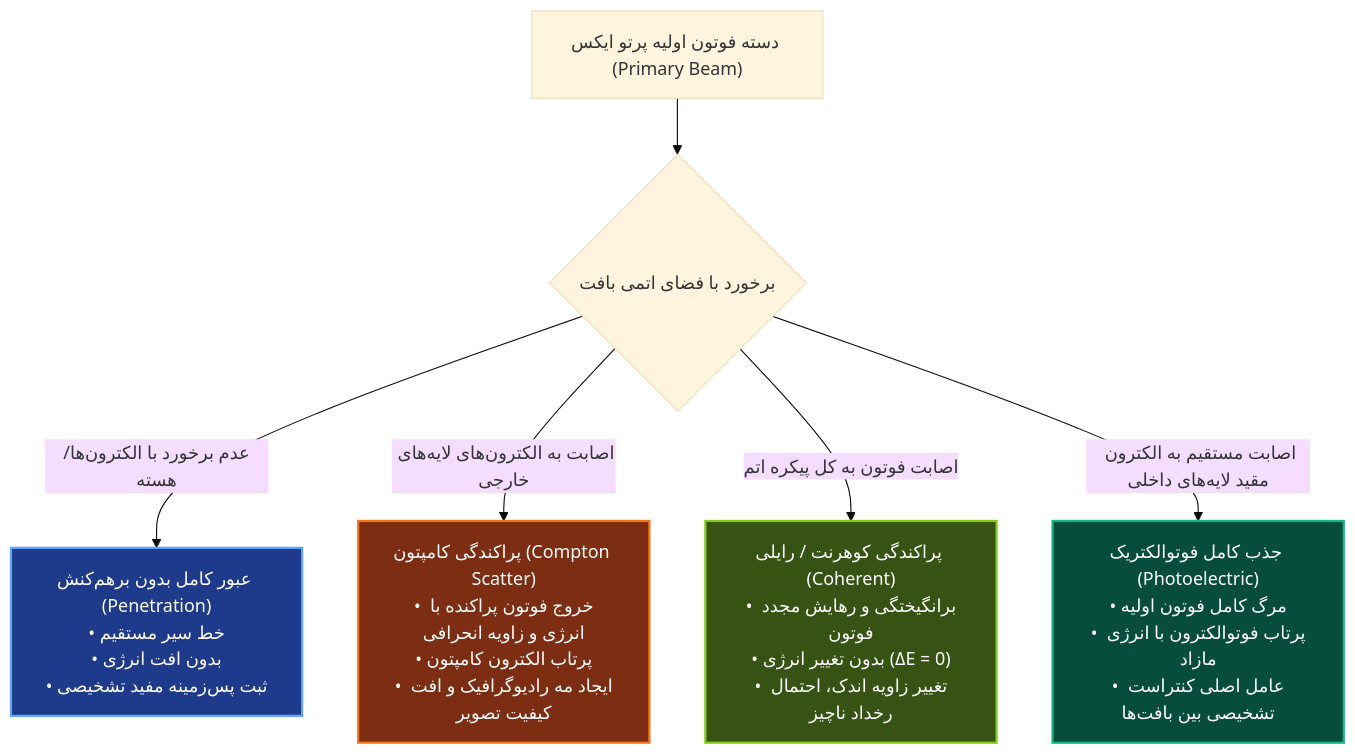
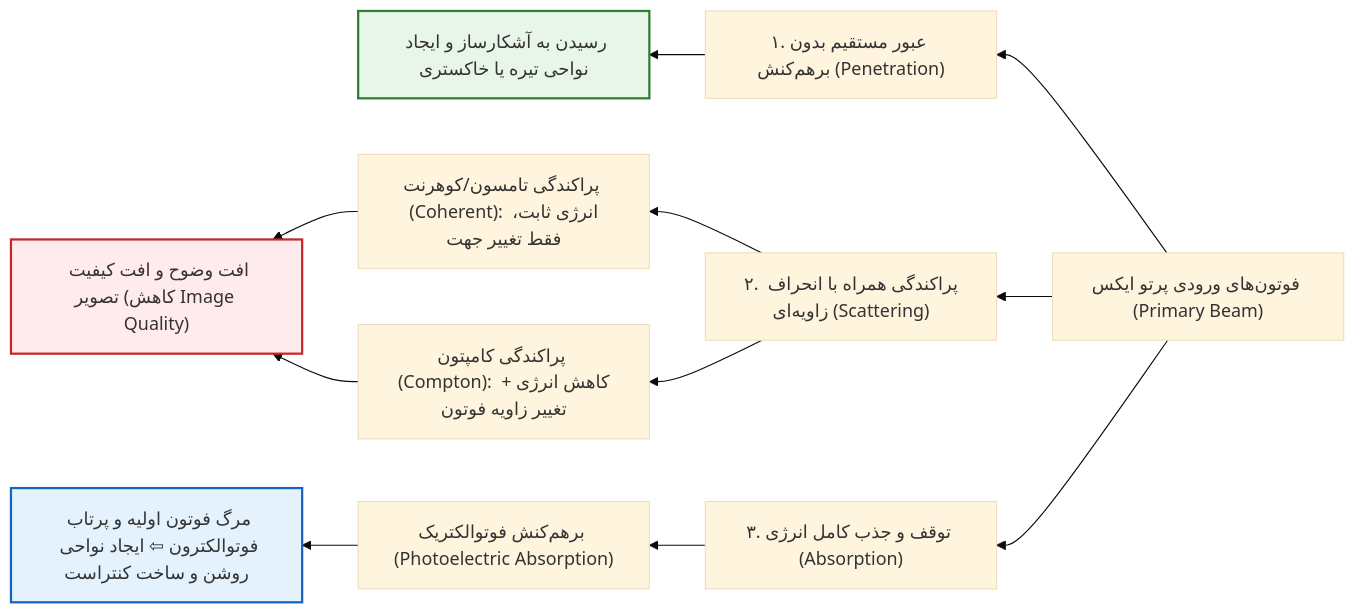
The third of 4 diagrams in 05/فیزیک پزشکی/پایان‌ترم/رادیوگرافی - مقدمات.md (neopulse-hub/-TUMS-1402-2-material-notes-), drawn with Mermaid (base theme) before and after one commit. The commit also changed other lines of this file, not shown here.

````diff
--- a/05/فیزیک پزشکی/پایان‌ترم/رادیوگرافی - مقدمات.md
+++ b/05/فیزیک پزشکی/پایان‌ترم/رادیوگرافی - مقدمات.md
@@ -88,12 +113,23 @@
 ```mermaid
-flowchart TD
-    In["دسته فوتون اولیه پرتو ایکس (Primary Beam)"] --> Branch{"برخورد با فضای اتمی بافت"}
-    Branch -->|"عدم برخورد با الکترون‌ها/هسته"| Trans["عبور کامل بدون برهم‌کنش (Penetration)<br>• خط سیر مستقیم<br>• بدون افت انرژی<br>• ثبت پس‌زمینه مفید تشخیصی"]
-    Branch -->|"اصابت به الکترون‌های لایه‌های خارجی"| Comp["پراکندگی کامپتون (Compton Scatter)<br>• خروج فوتون پراکنده با انرژی و زاویه انحرافی<br>• پرتاب الکترون کامپتون<br>• ایجاد مه رادیوگرافیک و افت کیفیت تصویر"]
-    Branch -->|"اصابت فوتون به کل پیکره اتم"| Coh["پراکندگی کوهرنت / رایلی (Coherent)<br>• برانگیختگی و رهایش مجدد فوتون<br>• بدون تغییر انرژی (ΔE = 0)<br>• تغییر زاویه اندک، احتمال رخداد ناچیز"]
-    Branch -->|"اصابت مستقیم به الکترون مقید لایه‌های داخلی"| PE["جذب کامل فوتوالکتریک (Photoelectric)<br>• مرگ کامل فوتون اولیه<br>• پرتاب فوتوالکترون با انرژی مازاد<br>• عامل اصلی کنتراست تشخیصی بین بافت‌ها"]
-    style Trans fill:#1e3a8a,stroke:#60a5fa,stroke-width:2px,color:#fff
-    style Comp fill:#7c2d12,stroke:#f97316,stroke-width:2px,color:#fff
-    style Coh fill:#365314,stroke:#84cc16,stroke-width:2px,color:#fff
-    style PE fill:#064e3b,stroke:#10b981,stroke-width:2px,color:#fff
+flowchart RL
+    In["فوتون‌های ورودی پرتو ایکس (Primary Beam)"] --> F1["۱. عبور مستقیم بدون برهم‌کنش (Penetration)"]
+    In --> F2["۲. پراکندگی همراه با انحراف زاویه‌ای (Scattering)"]
+    In --> F3["۳. توقف و جذب کامل انرژی (Absorption)"]
+    
+    F1 --> R1["رسیدن به آشکارساز و ایجاد نواحی تیره یا خاکستری"]
+    
+    F2 --> F2A["پراکندگی تامسون/کوهرنت (Coherent): انرژی ثابت، فقط تغییر جهت"]
+    F2 --> F2B["پراکندگی کامپتون (Compton): کاهش انرژی + تغییر زاویه فوتون"]
+    F2A & F2B --> R2["افت وضوح و افت کیفیت تصویر (کاهش Image Quality)"]
+    
+    F3 --> F3A["برهم‌کنش فوتوالکتریک (Photoelectric Absorption)"]
+    F3A --> R3["مرگ فوتون اولیه و پرتاب فوتوالکترون ⇦ ایجاد نواحی روشن و ساخت کنتراست"]
+    
+    classDef good fill:#e8f5e9,stroke:#2e7d32,stroke-width:2px;
+    classDef bad fill:#ffebee,stroke:#c62828,stroke-width:2px;
+    classDef white fill:#e3f2fd,stroke:#1565c0,stroke-width:2px;
+    class R1 good;
+    class R2 bad;
+    class R3 white;
+
 ```
````
